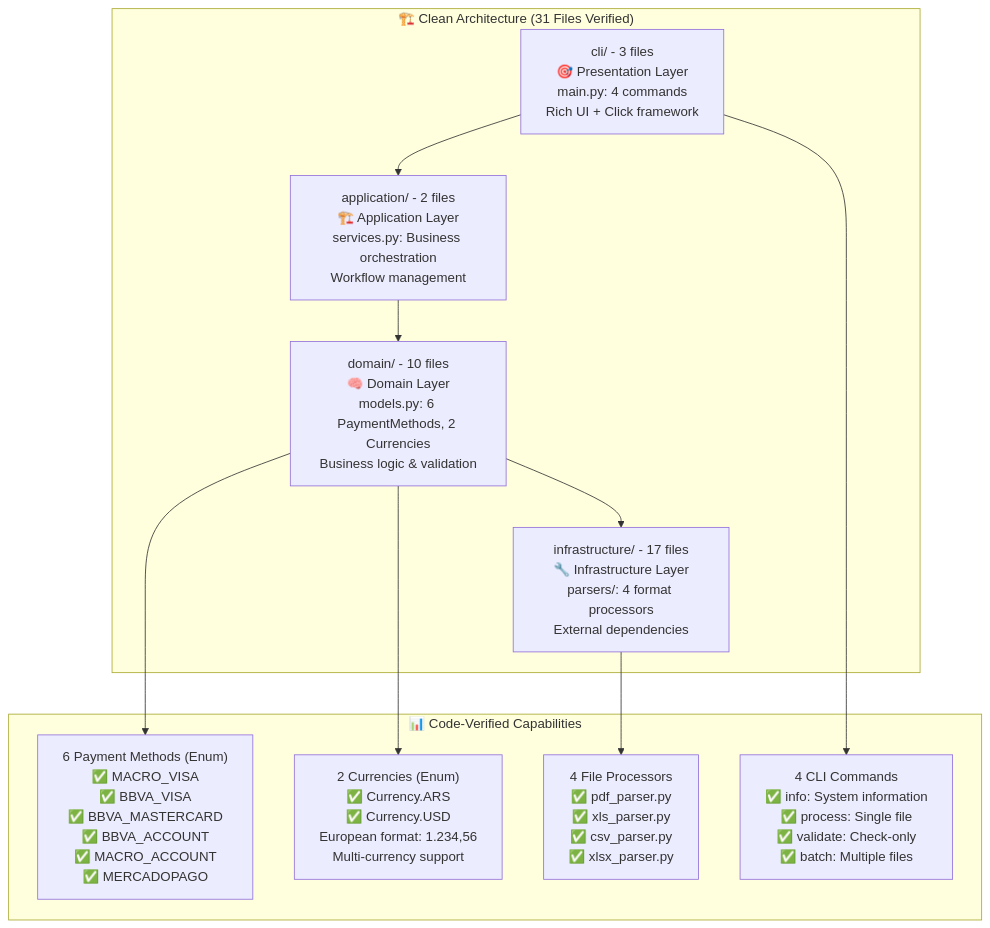
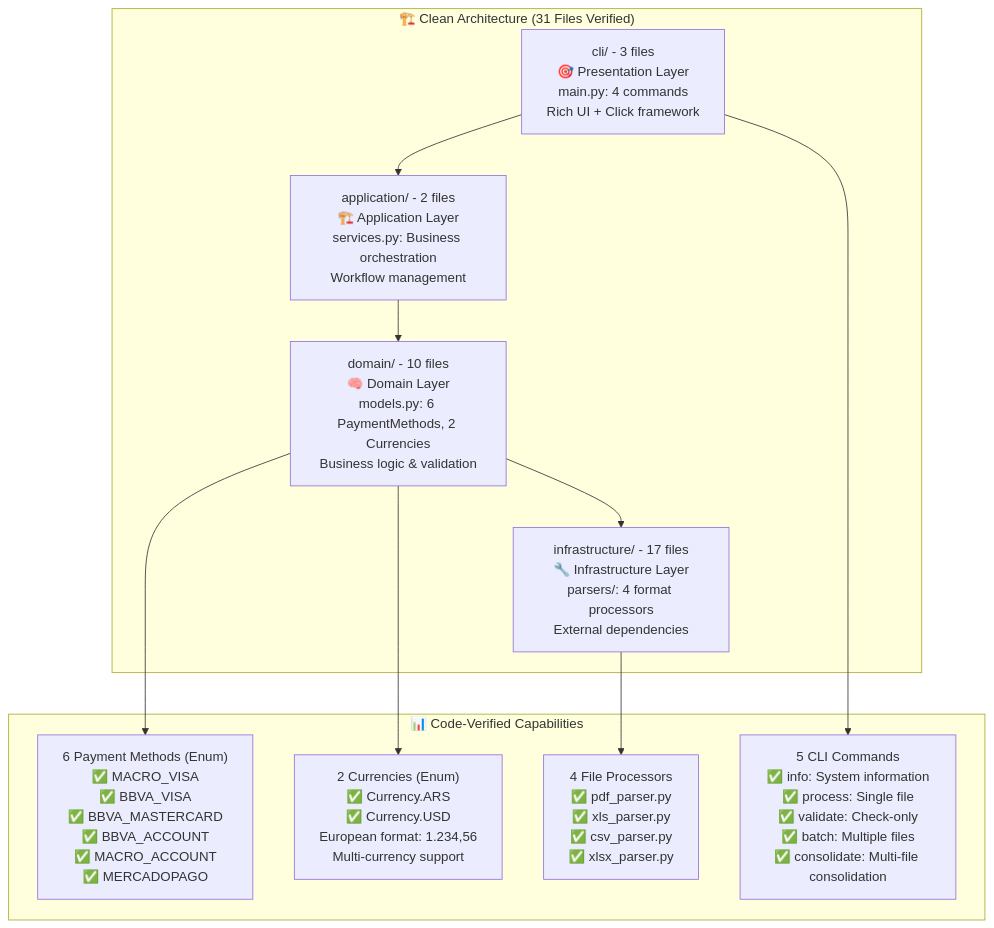
One commit to EduuardoPerez/financial-statement-processor changed the second of 10 diagrams in memory-bank/projectbrief.md. Above: the diagram before and after it, drawn with Mermaid. The commit also changed 20 other files, not shown here.

````diff
--- a/memory-bank/projectbrief.md
+++ b/memory-bank/projectbrief.md
@@ -26,31 +26,31 @@
 ```mermaid
 graph TB
     subgraph "🏗️ Clean Architecture (31 Files Verified)"
         CLI_LAYER["cli/ - 3 files<br/>🎯 Presentation Layer<br/>main.py: 4 commands<br/>Rich UI + Click framework"]
 
         APP_LAYER["application/ - 2 files<br/>🏗️ Application Layer<br/>services.py: Business orchestration<br/>Workflow management"]
 
         DOMAIN_LAYER["domain/ - 10 files<br/>🧠 Domain Layer<br/>models.py: 6 PaymentMethods, 2 Currencies<br/>Business logic & validation"]
 
         INFRA_LAYER["infrastructure/ - 17 files<br/>🔧 Infrastructure Layer<br/>parsers/: 4 format processors<br/>External dependencies"]
     end
 
     subgraph "📊 Code-Verified Capabilities"
         PAYMENT_METHODS["6 Payment Methods (Enum)<br/>✅ MACRO_VISA<br/>✅ BBVA_VISA<br/>✅ BBVA_MASTERCARD<br/>✅ BBVA_ACCOUNT<br/>✅ MACRO_ACCOUNT<br/>✅ MERCADOPAGO"]
 
         CURRENCIES["2 Currencies (Enum)<br/>✅ Currency.ARS<br/>✅ Currency.USD<br/>European format: 1.234,56<br/>Multi-currency support"]
 
         FILE_FORMATS["4 File Processors<br/>✅ pdf_parser.py<br/>✅ xls_parser.py<br/>✅ csv_parser.py<br/>✅ xlsx_parser.py"]
 
-        CLI_COMMANDS["4 CLI Commands<br/>✅ info: System information<br/>✅ process: Single file<br/>✅ validate: Check-only<br/>✅ batch: Multiple files"]
+        CLI_COMMANDS["5 CLI Commands<br/>✅ info: System information<br/>✅ process: Single file<br/>✅ validate: Check-only<br/>✅ batch: Multiple files<br/>✅ consolidate: Multi-file consolidation"]
     end
 
     CLI_LAYER --> APP_LAYER
     APP_LAYER --> DOMAIN_LAYER
     DOMAIN_LAYER --> INFRA_LAYER
 
     DOMAIN_LAYER --> PAYMENT_METHODS
     DOMAIN_LAYER --> CURRENCIES
     INFRA_LAYER --> FILE_FORMATS
     CLI_LAYER --> CLI_COMMANDS
 ```
````
